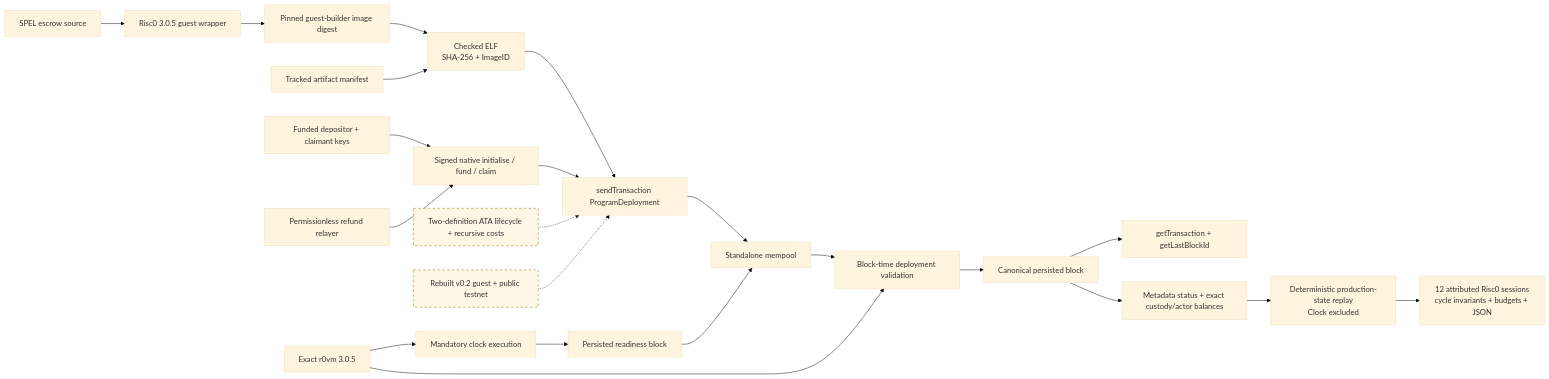
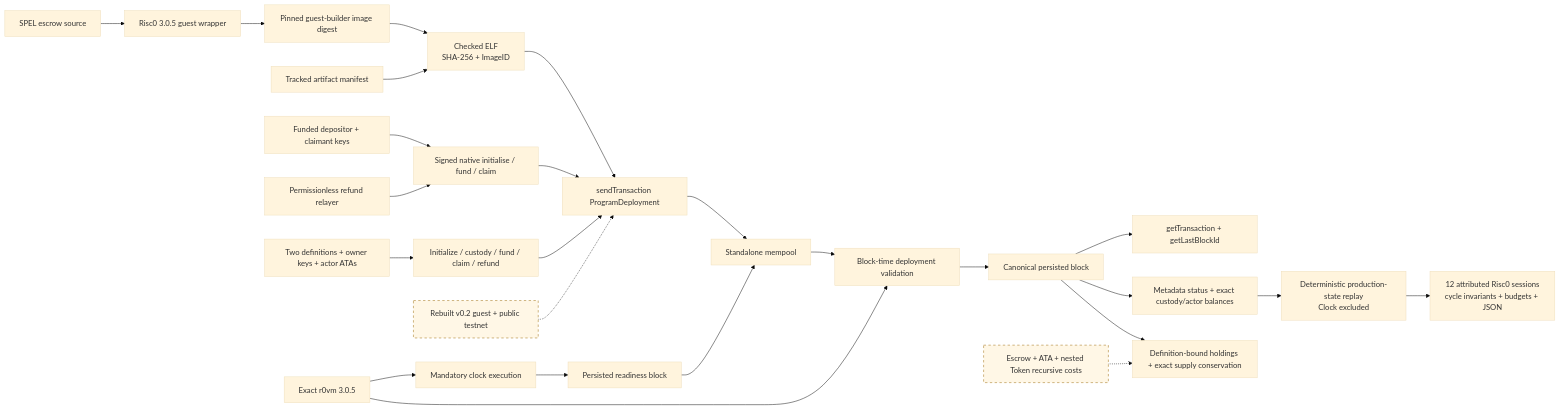
Before and after one commit to gateway-fm/lez-atomic-swaps: the fourth of 7 diagrams in docs/architecture/system-architecture.md, drawn with Mermaid (base theme). The commit also changed other lines of this file and 8 other files, not shown here.

Commit message:
test: prove two-definition LEZ token lifecycle

````diff
--- a/docs/architecture/system-architecture.md
+++ b/docs/architecture/system-architecture.md
@@ -189,27 +191,30 @@
 ```mermaid
 flowchart LR
     Source["SPEL escrow source"] --> Guest["Risc0 3.0.5 guest wrapper"]
     Builder["Pinned guest-builder image digest"] --> ELF["Checked ELF<br/>SHA-256 + ImageID"]
     Guest --> Builder
     Manifest["Tracked artifact manifest"] --> ELF
     R0VM["Exact r0vm 3.0.5"] --> Clock["Mandatory clock execution"]
     Clock --> Ready["Persisted readiness block"]
     ELF --> RPC["sendTransaction ProgramDeployment"]
     RPC --> Mempool["Standalone mempool"]
     Ready --> Mempool
     Mempool --> Validate["Block-time deployment validation"]
     R0VM --> Validate
     Validate --> Block["Canonical persisted block"]
     Block --> Query["getTransaction + getLastBlockId"]
     Actors["Funded depositor + claimant keys"] --> NativeLifecycle["Signed native initialise / fund / claim"]
     Relayer["Permissionless refund relayer"] --> NativeLifecycle
     NativeLifecycle --> RPC
     Block --> NativeState["Metadata status + exact custody/actor balances"]
     NativeState --> CostReplay["Deterministic production-state replay<br/>Clock excluded"]
     CostReplay --> CostEvidence["12 attributed Risc0 sessions<br/>cycle invariants + budgets + JSON"]
-    TokenCosts["Two-definition ATA lifecycle + recursive costs"] -.-> RPC
+    TokenActors["Two definitions + owner keys + actor ATAs"] --> TokenLifecycle["Initialize / custody / fund / claim / refund"]
+    TokenLifecycle --> RPC
+    Block --> TokenState["Definition-bound holdings + exact supply conservation"]
+    TokenCosts["Escrow + ATA + nested Token recursive costs"] -.-> TokenState
     Testnet["Rebuilt v0.2 guest + public testnet"] -.-> RPC
 
     classDef planned stroke-dasharray: 5 5,fill:#fff7e6,stroke:#9a6700;
     class TokenCosts,Testnet planned;
 ```
````
